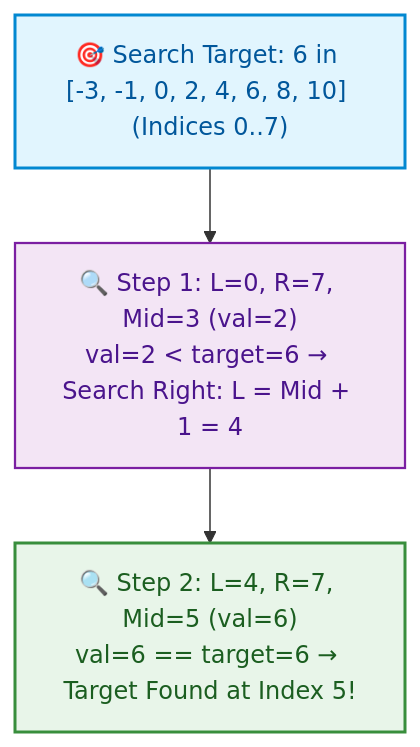
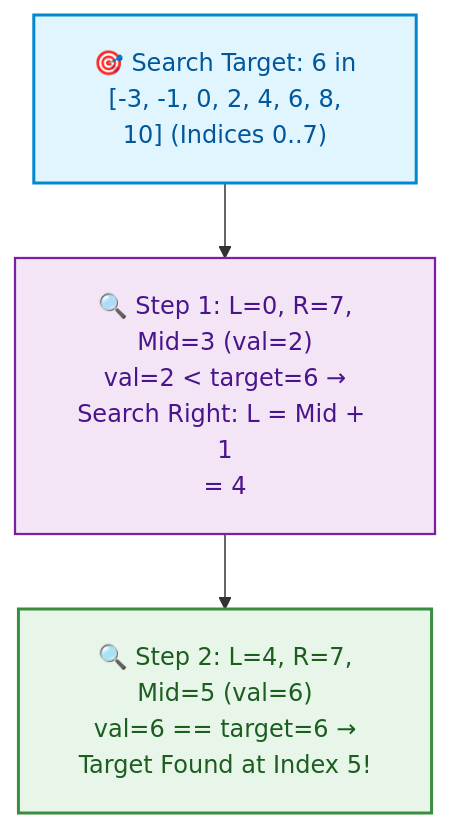
Before and after one commit to dip4k/DSA_102: the sixth of 6 diagrams in week_04_core_problem_solving_patterns_i/Week_04_Visual_Concepts_Playbook_HYBRID.md, drawn with Mermaid. The commit also changed other lines of this file and 108 other files, not shown here.

First line of the commit message:
fix(mermaid): resolve diagram clipping, padding, and syntax issues across repo

````diff
--- a/week_04_core_problem_solving_patterns_i/Week_04_Visual_Concepts_Playbook_HYBRID.md
+++ b/week_04_core_problem_solving_patterns_i/Week_04_Visual_Concepts_Playbook_HYBRID.md
@@ -568,10 +573,11 @@
 ```mermaid
+%%{init: {"flowchart": {"htmlLabels": true, "padding": 20}}}%%
 flowchart TD
     classDef init fill:#e1f5fe,stroke:#0288d1,color:#01579b,stroke-width:2px;
     classDef step fill:#f3e5f5,stroke:#7b1fa2,color:#4a148c,stroke-width:1.5px;
     classDef found fill:#e8f5e9,stroke:#388e3c,color:#1b5e20,stroke-width:2px;
 
-    R["🎯 Search Target: 6 in [-3, -1, 0, 2, 4, 6, 8, 10] (Indices 0..7)"]:::init
-    R --> S1["🔍 Step 1: L=0, R=7, Mid=3 (val=2)<br/>val=2 &lt; target=6 → Search Right: L = Mid + 1 = 4"]:::step
-    S1 --> S2["🔍 Step 2: L=4, R=7, Mid=5 (val=6)<br/>val=6 == target=6 → Target Found at Index 5!"]:::found
+    R["🎯 Search Target: 6 in<br/>[-3, -1, 0, 2, 4, 6, 8,<br/>10] (Indices 0..7)"]:::init
+    R --> S1["🔍 Step 1: L=0, R=7,<br/>Mid=3 (val=2)<br/>val=2 &lt; target=6 →<br/>Search Right: L = Mid + 1<br/>= 4"]:::step
+    S1 --> S2["🔍 Step 2: L=4, R=7,<br/>Mid=5 (val=6)<br/>val=6 == target=6 →<br/>Target Found at Index 5!"]:::found
 ```
````
